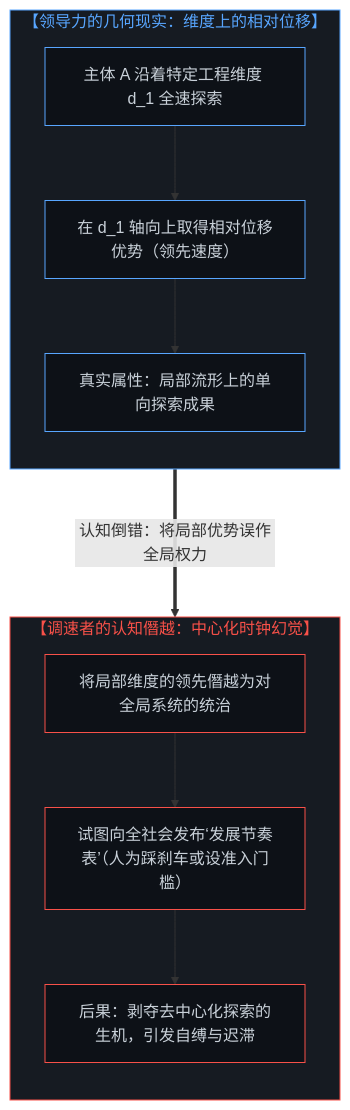
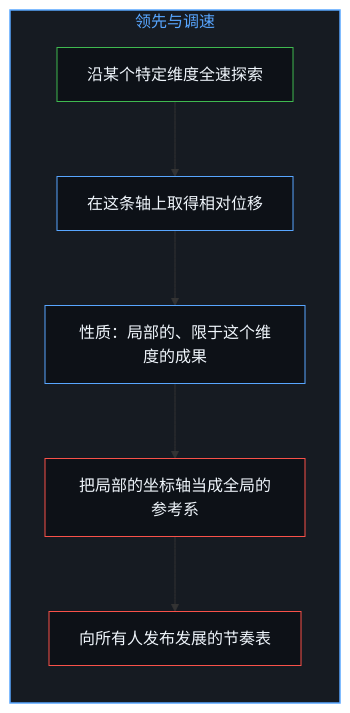
Before and after one commit to powerpig99/not-a-toe: the first of 10 diagrams in content/posts/the-fallacy-of-pacing-and-the-felt-friction-of-ground-truth.md, drawn with Mermaid. The commit also changed other lines of this file and 5 other files, not shown here.

Commit message:
Refine the-fallacy-of-pacing: alternating bilingual layout, five paired diagrams, implicit first person; review as signal not authority in two earlier posts; anchors aligned

````diff
--- a/content/posts/the-fallacy-of-pacing-and-the-felt-friction-of-ground-truth.md
+++ b/content/posts/the-fallacy-of-pacing-and-the-felt-friction-of-ground-truth.md
@@ -17,29 +17,22 @@
 ```mermaid
-graph TD
-    subgraph S_Dimensional_Lead["【领导力的几何现实：维度上的相对位移】"]
+flowchart TD
+    subgraph S_Lead["领先与调速"]
         direction TB
-        L1["主体 A 沿着特定工程维度 d_1 全速探索"]
-        L2["在 d_1 轴向上取得相对位移优势（领先速度）"]
-        L3["真实属性：局部流形上的单向探索成果"]
-        L1 --> L2 --> L3
+        Run["沿某个特定维度全速探索"]
+        Ahead["在这条轴上取得相对位移"]
+        Local["性质：局部的、限于这个维度的成果"]
+        Frame["把局部的坐标轴当成全局的参考系"]
+        Clock["向所有人发布发展的节奏表"]
+        Run --> Ahead
+        Ahead --> Local
+        Local --> Frame
+        Frame --> Clock
     end
 
-    subgraph S_Usurpation["【调速者的认知僭越：中心化时钟幻觉】"]
-        direction TB
-        U1["将局部维度的领先僭越为对全局系统的统治"]
-        U2["试图向全社会发布‘发展节奏表’（人为踩刹车或设准入门槛）"]
-        U3["后果：剥夺去中心化探索的生机，引发自缚与迟滞"]
-        U1 --> U2 --> U3
-    end
-
-    L3 ===>|"认知倒错：将局部优势误作全局权力"| U1
-
-    style S_Dimensional_Lead fill:#161b22,stroke:#58a6ff,stroke-width:1px,color:#58a6ff
-    style S_Usurpation fill:#161b22,stroke:#f85149,stroke-width:1px,color:#f85149
-    style L1 fill:#0d1117,stroke:#58a6ff,stroke-width:1px,color:#c9d1d9
-    style L2 fill:#0d1117,stroke:#58a6ff,stroke-width:1px,color:#c9d1d9
-    style L3 fill:#0d1117,stroke:#58a6ff,stroke-width:1px,color:#c9d1d9
-    style U1 fill:#0d1117,stroke:#f85149,stroke-width:1px,color:#c9d1d9
-    style U2 fill:#0d1117,stroke:#f85149,stroke-width:1px,color:#c9d1d9
-    style U3 fill:#0d1117,stroke:#f85149,stroke-width:1px,color:#c9d1d9
+    style S_Lead fill:#161b22,stroke:#58a6ff,stroke-width:1.5px,color:#58a6ff
+    style Run fill:#0d1117,stroke:#3fb950,stroke-width:1px,color:#f0f6fc
+    style Ahead fill:#0d1117,stroke:#58a6ff,stroke-width:1px,color:#f0f6fc
+    style Local fill:#0d1117,stroke:#58a6ff,stroke-width:1px,color:#f0f6fc
+    style Frame fill:#0d1117,stroke:#f85149,stroke-width:1px,color:#f0f6fc
+    style Clock fill:#0d1117,stroke:#f85149,stroke-width:1px,color:#f0f6fc
 ```
````
